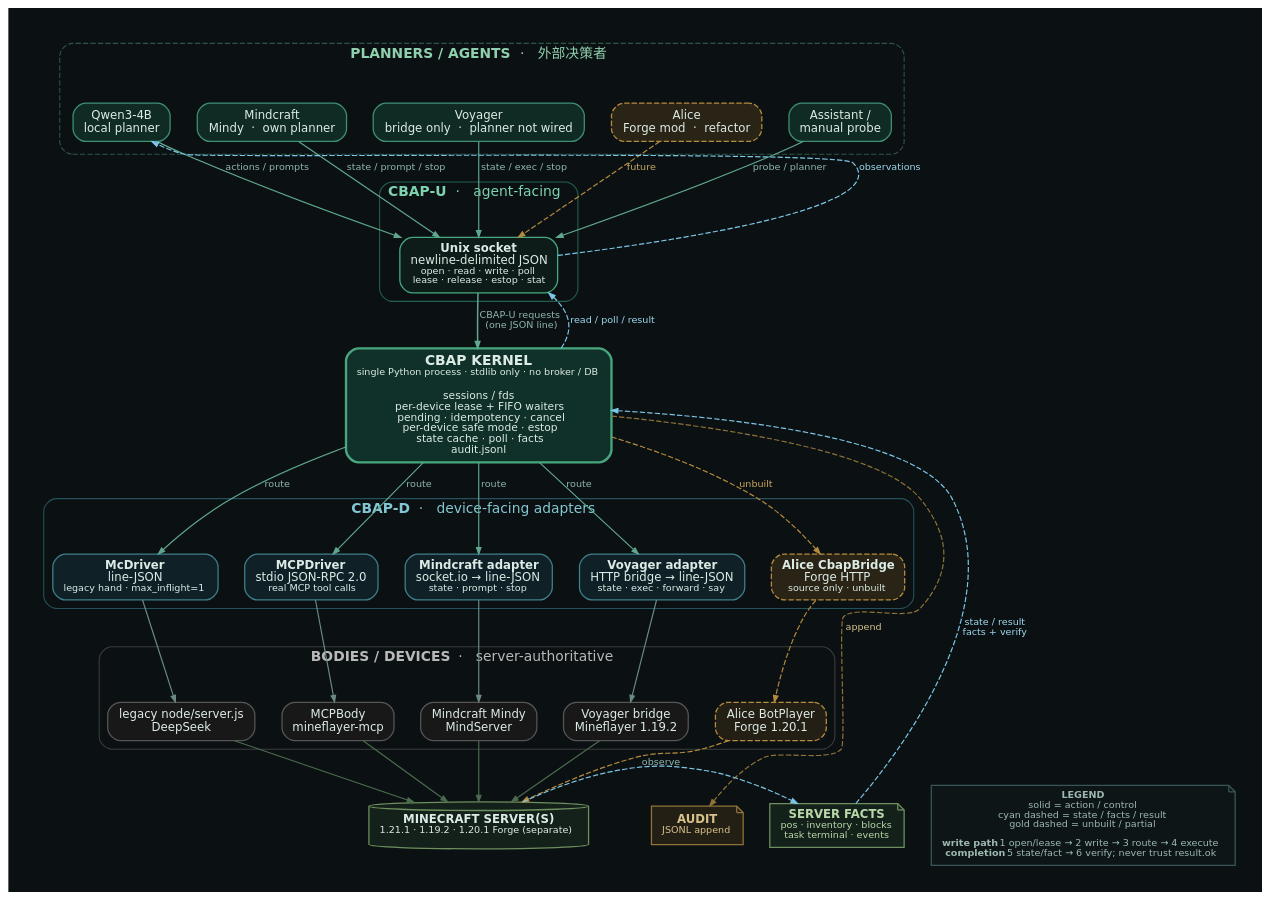
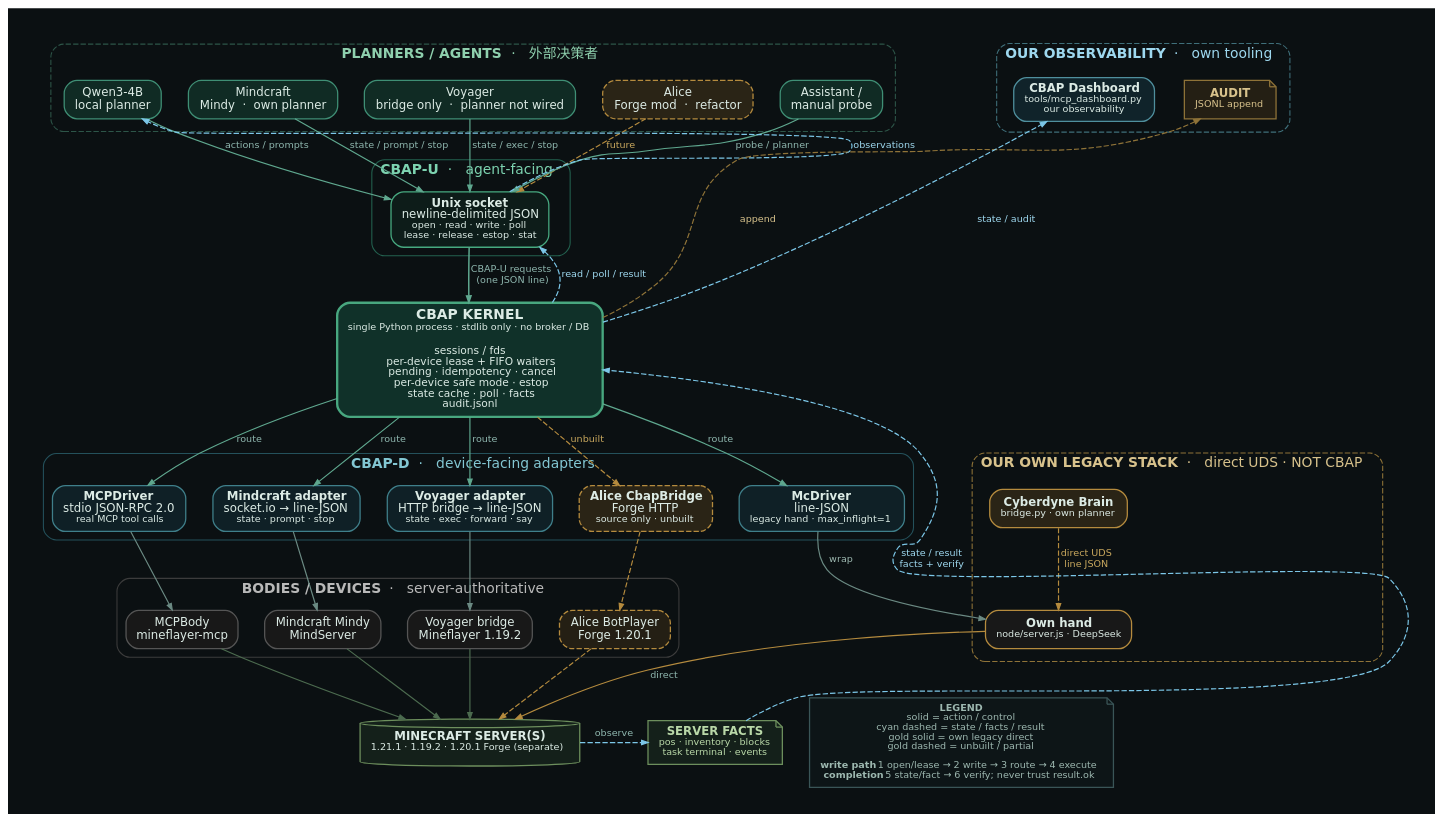
The diagram in docs/diagrams/cbap-structure.dot (6750432/cyberdyne-bridge-agent-physical-protocol), drawn with Graphviz before and after one commit. The commit also changed 3 other files, not shown here.

Commit message:
docs: include own legacy brain and observability

```diff
--- a/docs/diagrams/cbap-structure.dot
+++ b/docs/diagrams/cbap-structure.dot
@@ -1,131 +1,147 @@
 digraph CBAP {
   graph [
     rankdir=TB,
     bgcolor="#0b1012",
     fontname="DejaVu Sans",
     fontcolor="#8fb7af",
     fontsize=13,
     nodesep=0.35,
     ranksep=0.45,
     pad=0.35,
     splines=true,
     compound=true
   ];
   node [
     shape=box,
     style="rounded,filled",
     fontname="DejaVu Sans",
     fontsize=11,
     fontcolor="#dcebe5",
     color="#31484a",
     fillcolor="#121e21",
     penwidth=1.2,
     margin="0.14,0.08"
   ];
   edge [
     color="#5fa88f",
     fontname="DejaVu Sans",
     fontsize=9,
     fontcolor="#8fb7af",
     arrowsize=0.6,
     penwidth=1.1
   ];
 
   subgraph cluster_agents {
     label=<<B>PLANNERS / AGENTS</B>   ·   外部决策者>;
     style="rounded,dashed"; color="#2d5548"; fontcolor="#8fd0ae";
     margin=12;
     qwen  [label="Qwen3-4B\nlocal planner", fillcolor="#102b24", color="#3f8f75"];
     mind  [label="Mindcraft\nMindy  ·  own planner", fillcolor="#102b24", color="#3f8f75"];
     voy   [label="Voyager\nbridge only  ·  planner not wired", fillcolor="#102b24", color="#3f8f75"];
     alice [label="Alice\nForge mod  ·  refactor", style="rounded,filled,dashed", fillcolor="#2a2416", color="#b58b3e"];
     manual[label="Assistant /\nmanual probe", fillcolor="#102b24", color="#3f8f75"];
   }
 
+  subgraph cluster_own {
+    label=<<B>OUR OWN LEGACY STACK</B>   ·   direct UDS · NOT CBAP>;
+    style="rounded,dashed"; color="#8f7338"; fontcolor="#d8c28c";
+    margin=12;
+    ownbrain [label=<<B>Cyberdyne Brain</B><BR/><FONT POINT-SIZE="9">bridge.py · own planner</FONT>>, fillcolor="#2a2416", color="#b58b3e"];
+    ownhand  [label=<<B>Own hand</B><BR/><FONT POINT-SIZE="9">node/server.js · DeepSeek</FONT>>, fillcolor="#181818", color="#b58b3e"];
+    ownbrain -> ownhand [label=" direct UDS\n line JSON", color="#b58b3e", style=dashed, fontcolor="#c9a85e"];
+  }
+
   subgraph cluster_u {
     label=<<B>CBAP-U</B>   ·   agent-facing>;
     style="rounded"; color="#23614f"; fontcolor="#7dd3b0";
     uds_u [shape=box, style="rounded,filled", fillcolor="#0d1c19", color="#47a980",
            label=<<B>Unix socket</B><BR/>newline-delimited JSON<BR/><FONT POINT-SIZE="9">open · read · write · poll</FONT><BR/><FONT POINT-SIZE="9">lease · release · estop · stat</FONT>>];
   }
 
   kernel [label=<<B>CBAP KERNEL</B><BR/><FONT POINT-SIZE="9">single Python process · stdlib only · no broker / DB</FONT><BR/><BR/><FONT POINT-SIZE="10">sessions / fds</FONT><BR/><FONT POINT-SIZE="10">per-device lease + FIFO waiters</FONT><BR/><FONT POINT-SIZE="10">pending · idempotency · cancel</FONT><BR/><FONT POINT-SIZE="10">per-device safe mode · estop</FONT><BR/><FONT POINT-SIZE="10">state cache · poll · facts</FONT><BR/><FONT POINT-SIZE="10">audit.jsonl</FONT>>,
           fillcolor="#103129", color="#48a77f", penwidth=2.2, fontsize=13];
 
   subgraph cluster_d {
     label=<<B>CBAP-D</B>   ·   device-facing adapters>;
     style="rounded"; color="#24515b"; fontcolor="#83c7d3";
     mc_drv   [label=<<B>McDriver</B><BR/>line-JSON<BR/><FONT POINT-SIZE="9">legacy hand · max_inflight=1</FONT>>, fillcolor="#0f2026", color="#3f7f8a"];
     mcp_drv  [label=<<B>MCPDriver</B><BR/>stdio JSON-RPC 2.0<BR/><FONT POINT-SIZE="9">real MCP tool calls</FONT>>, fillcolor="#0f2026", color="#3f7f8a"];
     mind_drv [label=<<B>Mindcraft adapter</B><BR/>socket.io → line-JSON<BR/><FONT POINT-SIZE="9">state · prompt · stop</FONT>>, fillcolor="#0f2026", color="#3f7f8a"];
     voy_drv  [label=<<B>Voyager adapter</B><BR/>HTTP bridge → line-JSON<BR/><FONT POINT-SIZE="9">state · exec · forward · say</FONT>>, fillcolor="#0f2026", color="#3f7f8a"];
     alice_drv[label=<<B>Alice CbapBridge</B><BR/>Forge HTTP<BR/><FONT POINT-SIZE="9">source only · unbuilt</FONT>>, style="rounded,filled,dashed", fillcolor="#2a2416", color="#b58b3e"];
   }
 
   subgraph cluster_b {
     label=<<B>BODIES / DEVICES</B>   ·   server-authoritative>;
     style="rounded"; color="#3c3c3c"; fontcolor="#b9b9b9";
-    legacy [label="legacy node/server.js\nDeepSeek", fillcolor="#181818", color="#555555"];
     mcp    [label="MCPBody\nmineflayer-mcp", fillcolor="#181818", color="#555555"];
     mindy  [label="Mindcraft Mindy\nMindServer", fillcolor="#181818", color="#555555"];
     vbody  [label="Voyager bridge\nMineflayer 1.19.2", fillcolor="#181818", color="#555555"];
     aliceb [label="Alice BotPlayer\nForge 1.20.1", style="rounded,filled,dashed", fillcolor="#241f14", color="#b58b3e"];
   }
 
   mc [label=<<B>MINECRAFT SERVER(S)</B><BR/><FONT POINT-SIZE="9">1.21.1 · 1.19.2 · 1.20.1 Forge (separate)</FONT>>,
       shape=cylinder, fillcolor="#14201a", color="#6d8f5d"];
 
   facts [shape=note, style="filled", fillcolor="#14201a", color="#6d8f5d",
          fontcolor="#b9d8a8",
          label=<<B>SERVER FACTS</B><BR/><FONT POINT-SIZE="9">pos · inventory · blocks<BR/>task terminal · events</FONT>>];
 
-  audit [shape=note, style="filled", fillcolor="#241f14", color="#8f7338",
-         fontcolor="#d8c28c",
-         label=<<B>AUDIT</B><BR/><FONT POINT-SIZE="9">JSONL append</FONT>>];
+  subgraph cluster_obs {
+    label=<<B>OUR OBSERVABILITY</B>   ·   own tooling>;
+    style="rounded,dashed"; color="#3f6f7a"; fontcolor="#9ed8ef";
+    margin=10;
+    audit [shape=note, style="filled", fillcolor="#241f14", color="#8f7338",
+           fontcolor="#d8c28c",
+           label=<<B>AUDIT</B><BR/><FONT POINT-SIZE="9">JSONL append</FONT>>];
+    dashboard [shape=box, style="rounded,filled", fillcolor="#10232a", color="#4f8f9d",
+               label=<<B>CBAP Dashboard</B><BR/><FONT POINT-SIZE="9">tools/mcp_dashboard.py</FONT><BR/><FONT POINT-SIZE="9">our observability</FONT>>];
+  }
 
   legend [shape=note, style="filled", fillcolor="#0d1517", color="#3a5557",
           fontcolor="#9db8b0", fontsize=9,
-          label=<<B>LEGEND</B><BR/>solid = action / control<BR/>cyan dashed = state / facts / result<BR/>gold dashed = unbuilt / partial<BR/><BR/><B>write path</B> 1 open/lease → 2 write → 3 route → 4 execute<BR/><B>completion</B> 5 state/fact → 6 verify; never trust result.ok>];
+          label=<<B>LEGEND</B><BR/>solid = action / control<BR/>cyan dashed = state / facts / result<BR/>gold solid = own legacy direct<BR/>gold dashed = unbuilt / partial<BR/><BR/><B>write path</B> 1 open/lease → 2 write → 3 route → 4 execute<BR/><B>completion</B> 5 state/fact → 6 verify; never trust result.ok>];
 
   // agents → UDS
   qwen -> uds_u [label=" actions / prompts"];
   mind -> uds_u [label=" state / prompt / stop"];
   voy  -> uds_u [label=" state / exec / stop"];
   manual -> uds_u [label=" probe / planner"];
   alice -> uds_u [style=dashed, color="#b58b3e", label=" future", fontcolor="#c9a85e"];
 
   // UDS → kernel
   uds_u -> kernel [label=" CBAP-U requests\n  (one JSON line)", color="#5fa88f", penwidth=1.4];
 
   // kernel → adapters
   kernel -> mc_drv   [label=" route", color="#5fa88f"];
   kernel -> mcp_drv  [label=" route", color="#5fa88f"];
   kernel -> mind_drv [label=" route", color="#5fa88f"];
   kernel -> voy_drv  [label=" route", color="#5fa88f"];
   kernel -> alice_drv [style=dashed, color="#b58b3e", label=" unbuilt", fontcolor="#c9a85e"];
 
   // adapters → bodies
-  mc_drv -> legacy   [color="#6b8a83"];
+  mc_drv -> ownhand  [color="#6b8a83", label=" wrap", fontcolor="#9db8b0"];
   mcp_drv -> mcp     [color="#6b8a83"];
   mind_drv -> mindy  [color="#6b8a83"];
   voy_drv -> vbody   [color="#6b8a83"];
   alice_drv -> aliceb [style=dashed, color="#b58b3e"];
 
   // bodies → server
-  legacy -> mc [color="#4c6b4f"];
+  ownhand -> mc [color="#b58b3e", label=" direct"];
   mcp -> mc    [color="#4c6b4f"];
   mindy -> mc  [color="#4c6b4f"];
   vbody -> mc  [color="#4c6b4f"];
   aliceb -> mc [style=dashed, color="#b58b3e"];
 
   // facts return (conceptual)
   mc -> facts [style=dashed, color="#7cc7e8", label=" observe", constraint=false];
   facts -> kernel [style=dashed, color="#7cc7e8", label=" state / result\n facts + verify", fontcolor="#9ed8ef", constraint=false];
   kernel -> uds_u [style=dashed, color="#7cc7e8", label=" read / poll / result", fontcolor="#9ed8ef", constraint=false];
   uds_u -> qwen [style=dashed, color="#7cc7e8", label=" observations", fontcolor="#9ed8ef", constraint=false];
 
-  { rank=same; mc; facts; audit; legend; }
+  { rank=same; mc; facts; legend; }
 
   kernel -> audit [style=dashed, color="#8f7338", label=" append", fontcolor="#d8c28c", constraint=false];
+  kernel -> dashboard [style=dashed, color="#7cc7e8", label=" state / audit", fontcolor="#9ed8ef", constraint=false];
 
         }
```
